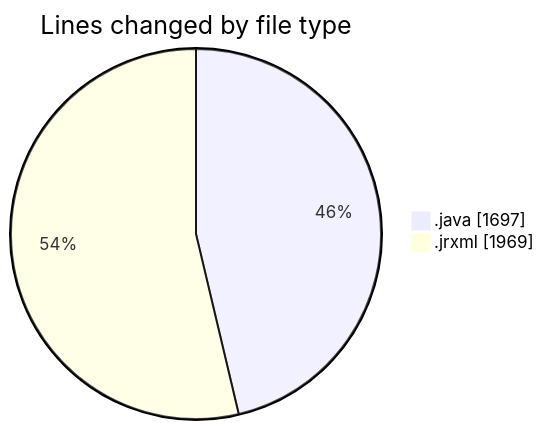
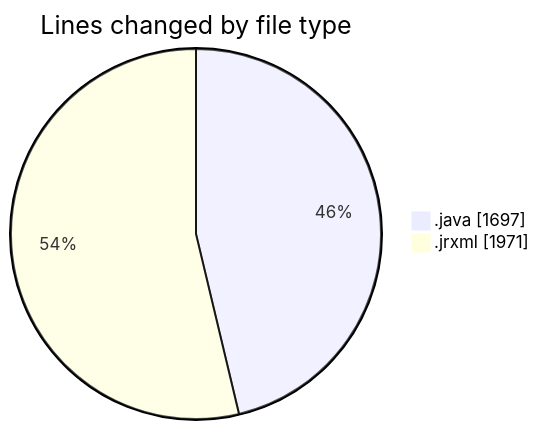
Before and after one commit to ricardozamudiocil/code-tracking: the first of 2 diagrams in 2026-09-30/cilreports__workspace_/README.md, drawn with Mermaid. The commit also changed other lines of this file and 1 other file, not shown here.

````diff
--- a/2026-09-30/cilreports__workspace_/README.md
+++ b/2026-09-30/cilreports__workspace_/README.md
@@ -25,6 +25,6 @@
 ```mermaid
 pie showData
 title Lines changed by file type
 ".java" : 1697
-".jrxml" : 1969
+".jrxml" : 1971
 ```
````
